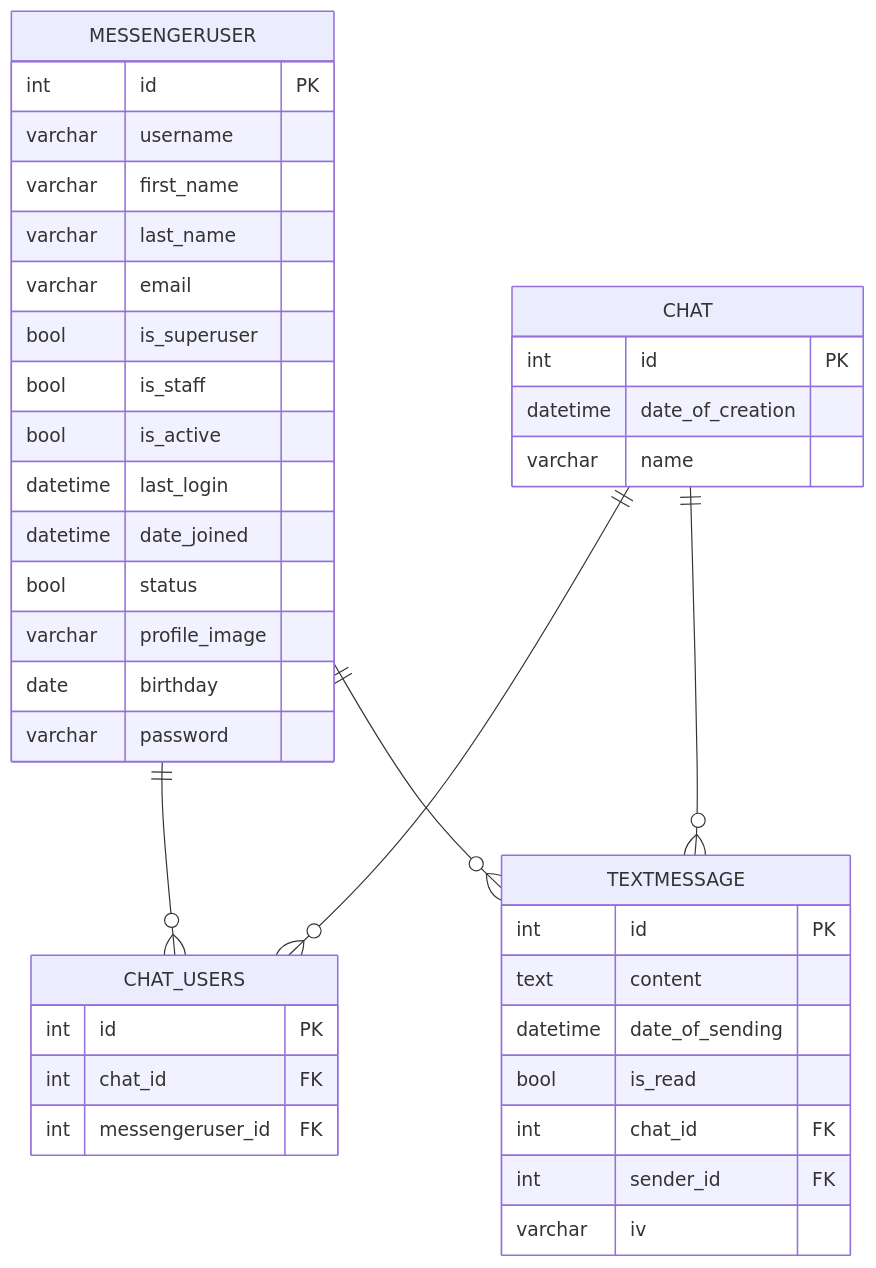
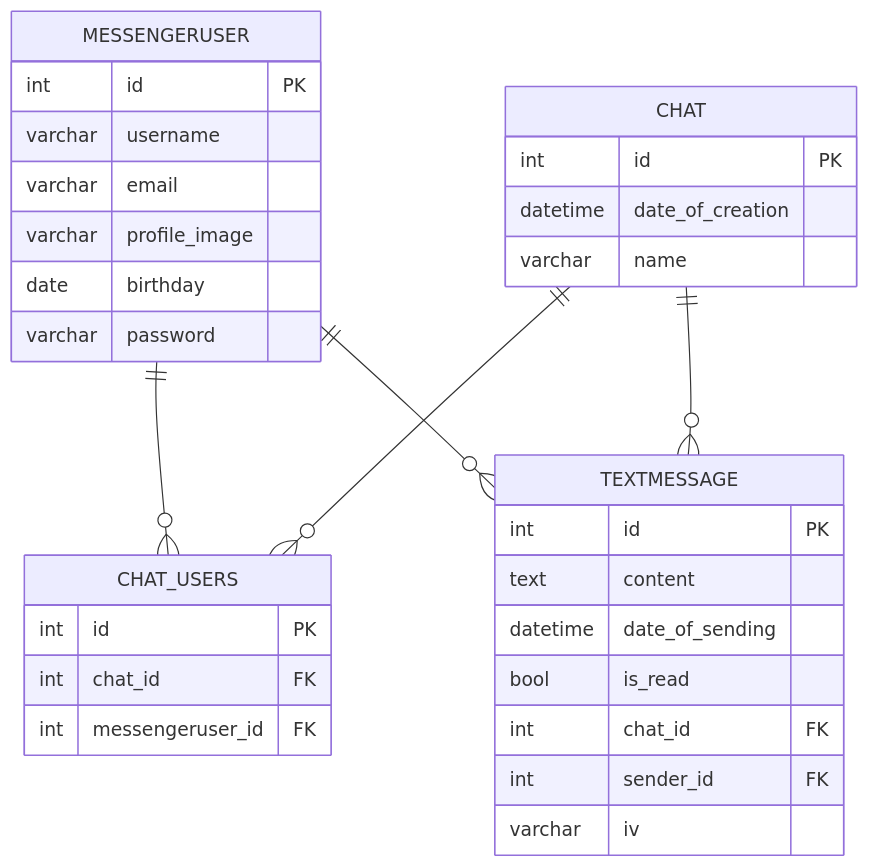
Before and after one commit to HunterXIII/CommexProject: the first of 2 diagrams in README.md, drawn with Mermaid. The commit also changed 6 other files, not shown here.

````diff
--- a/README.md
+++ b/README.md
@@ -63,46 +63,38 @@
 ```mermaid
 erDiagram
     MESSENGERUSER {
         int id PK
         varchar username
-        varchar first_name
-        varchar last_name
         varchar email
-        bool is_superuser
-        bool is_staff
-        bool is_active
-        datetime last_login
-        datetime date_joined
-        bool status
         varchar profile_image
         date birthday
         varchar password
     }
 
     CHAT {
         int id PK
         datetime date_of_creation
         varchar name
     }
 
     CHAT_USERS {
         int id PK
         int chat_id FK
         int messengeruser_id FK
     }
 
     TEXTMESSAGE {
         int id PK
         text content
         datetime date_of_sending
         bool is_read
         int chat_id FK
         int sender_id FK
         varchar iv
     }
 
     MESSENGERUSER ||--o{ CHAT_USERS : ""
     CHAT ||--o{ CHAT_USERS : ""
     CHAT ||--o{ TEXTMESSAGE : ""
     MESSENGERUSER ||--o{ TEXTMESSAGE : ""
 ```
````
